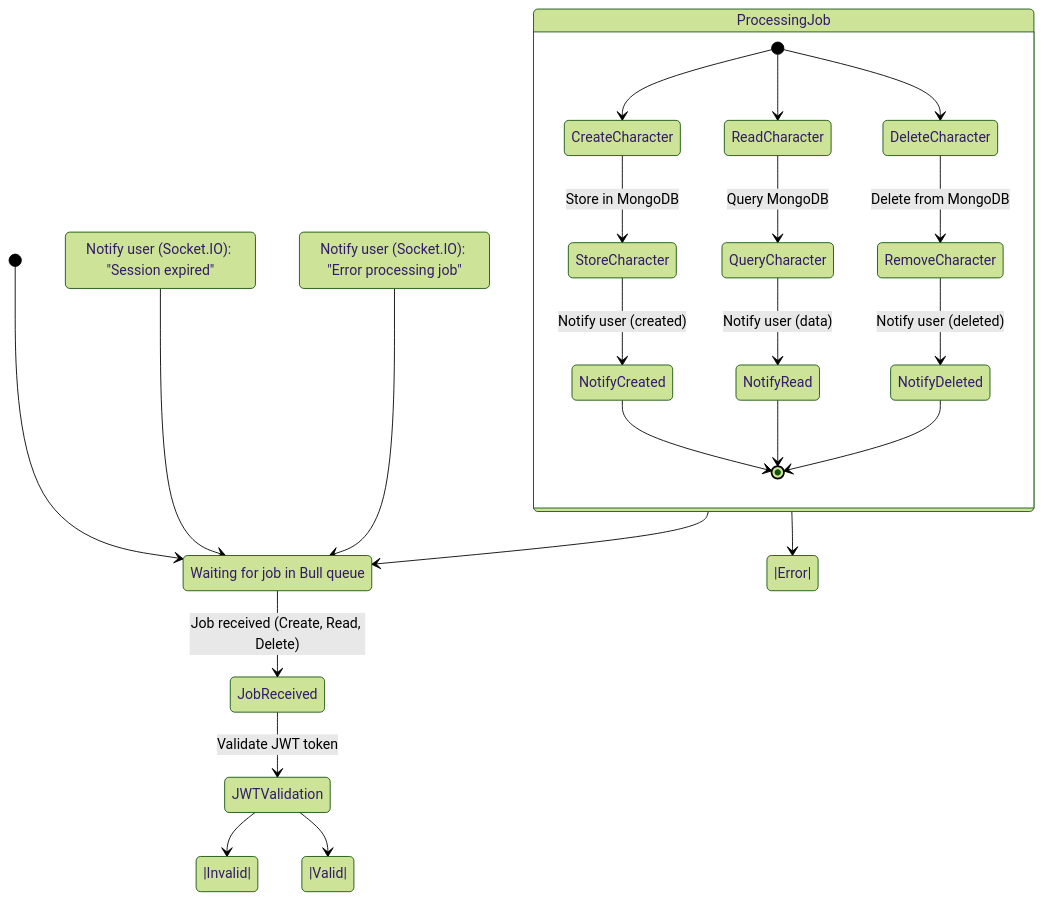
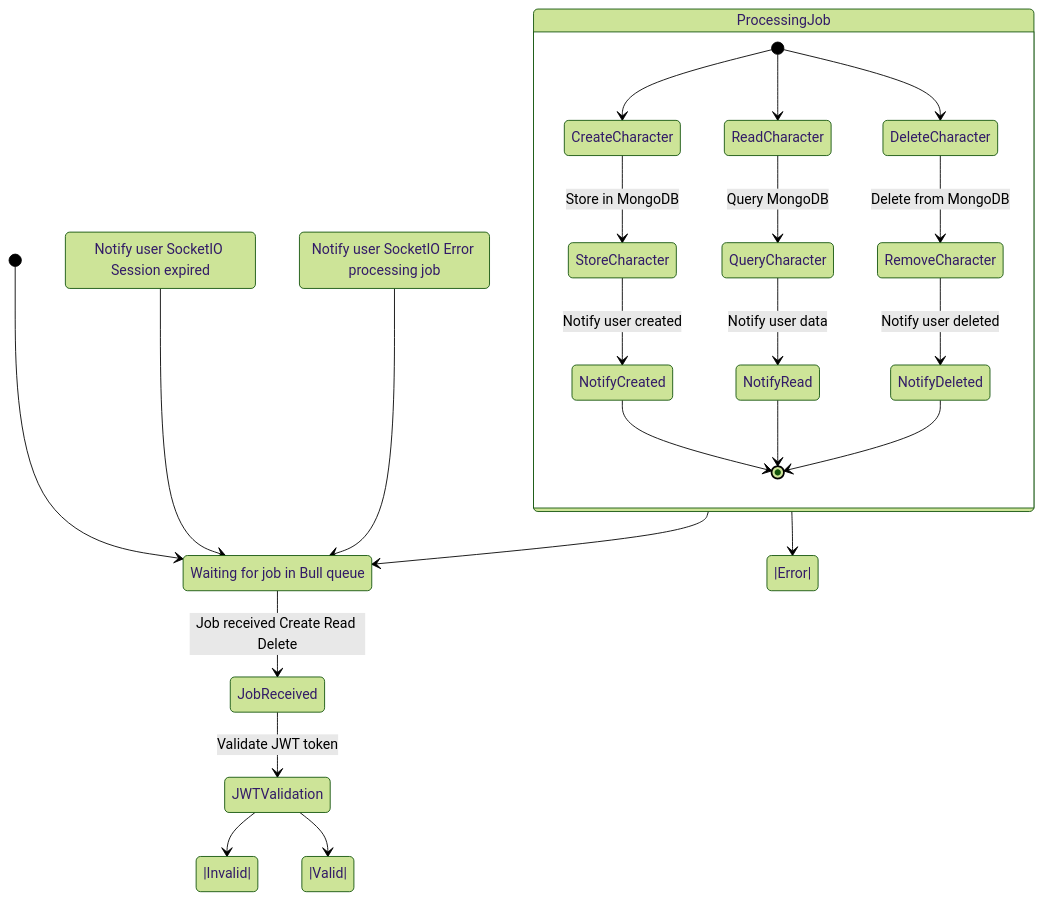
Before and after one commit to SebastianWebApp/StoryBang: the second of 3 diagrams in Back/README.md, drawn with Mermaid (forest theme). The commit also changed other lines of this file and 1 other file, not shown here.

````diff
--- a/Back/README.md
+++ b/Back/README.md
@@ -34,36 +34,37 @@
 ```mermaid
 stateDiagram-v2
     [*] --> WaitingForJob
     WaitingForJob: Waiting for job in Bull queue
 
-    WaitingForJob --> JobReceived: Job received (Create, Read, Delete)
+    WaitingForJob --> JobReceived: Job received Create Read Delete
     JobReceived --> JWTValidation: Validate JWT token
     JWTValidation -->|Invalid| NotifySessionExpired
-    NotifySessionExpired: Notify user (Socket.IO): "Session expired"
+    NotifySessionExpired: Notify user SocketIO Session expired
     NotifySessionExpired --> WaitingForJob
 
     JWTValidation -->|Valid| ProcessingJob
 
     state ProcessingJob {
         [*] --> CreateCharacter
         [*] --> ReadCharacter
         [*] --> DeleteCharacter
 
         CreateCharacter --> StoreCharacter: Store in MongoDB
-        StoreCharacter --> NotifyCreated: Notify user (created)
+        StoreCharacter --> NotifyCreated: Notify user created
         NotifyCreated --> [*]
 
         ReadCharacter --> QueryCharacter: Query MongoDB
-        QueryCharacter --> NotifyRead: Notify user (data)
+        QueryCharacter --> NotifyRead: Notify user data
         NotifyRead --> [*]
 
         DeleteCharacter --> RemoveCharacter: Delete from MongoDB
-        RemoveCharacter --> NotifyDeleted: Notify user (deleted)
+        RemoveCharacter --> NotifyDeleted: Notify user deleted
         NotifyDeleted --> [*]
     }
 
     ProcessingJob --> WaitingForJob
     ProcessingJob -->|Error| NotifyError
-    NotifyError: Notify user (Socket.IO): "Error processing job"
+    NotifyError: Notify user SocketIO Error processing job
     NotifyError --> WaitingForJob
+
 ```
````
